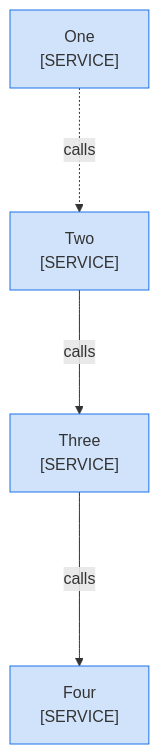
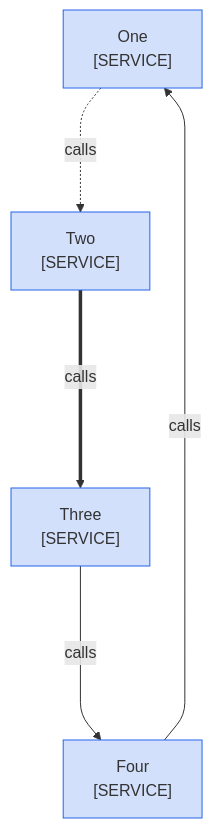
Before and after one commit to choonchernlim/skills: the diagram in skills/docsmith/scripts/fixtures/bad/mmd-long-arrow.md, drawn with Mermaid. The commit also changed other lines of this file and 127 other files, not shown here.

````diff
--- a/skills/docsmith/scripts/fixtures/bad/mmd-long-arrow.md
+++ b/skills/docsmith/scripts/fixtures/bad/mmd-long-arrow.md
@@ -12,13 +12,15 @@
 ```mermaid
 graph TD
+  %%{init: {"themeCSS": ".cluster-label, .cluster-label div, .cluster-label span, .cluster-label p { text-align: center !important; }", "flowchart": {"curve": "rounded", "subGraphTitleMargin": {"top": 6, "bottom": 30}}}}%%
   One["One<br/>[SERVICE]"]
   Two["Two<br/>[SERVICE]"]
   Three["Three<br/>[SERVICE]"]
   Four["Four<br/>[SERVICE]"]
   One -. "calls" ..-> Two
-  Two --->|"calls"| Three
+  Two ====>|"calls"| Three
   Three ---->|"calls"| Four
+  Four -- "calls" ---> One
 
   class One,Two,Three,Four own
-  classDef own fill:#1a73e833,stroke:#1a73e8
+  classDef own fill:#2563eb33,stroke:#2563eb
 ```
````
